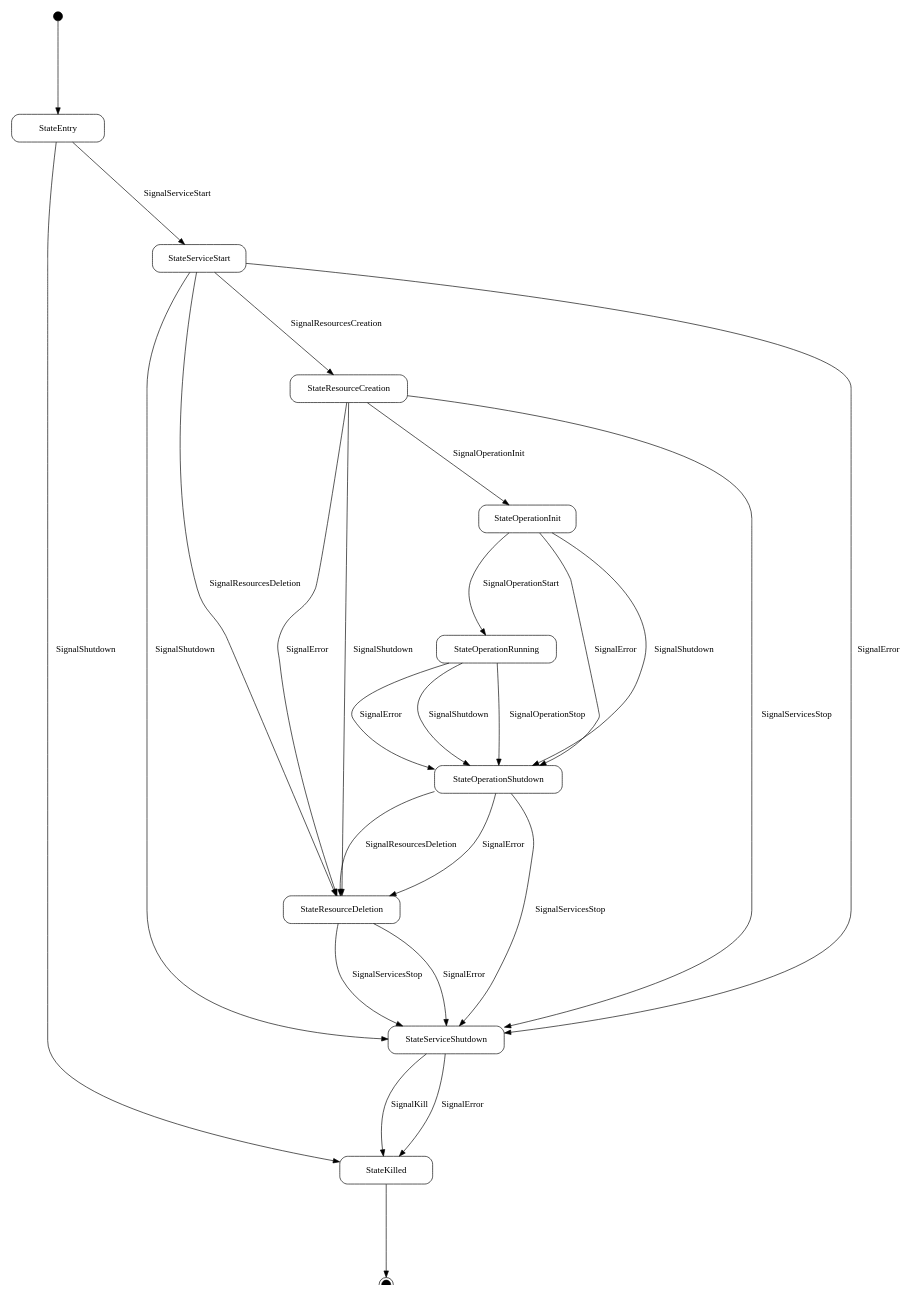
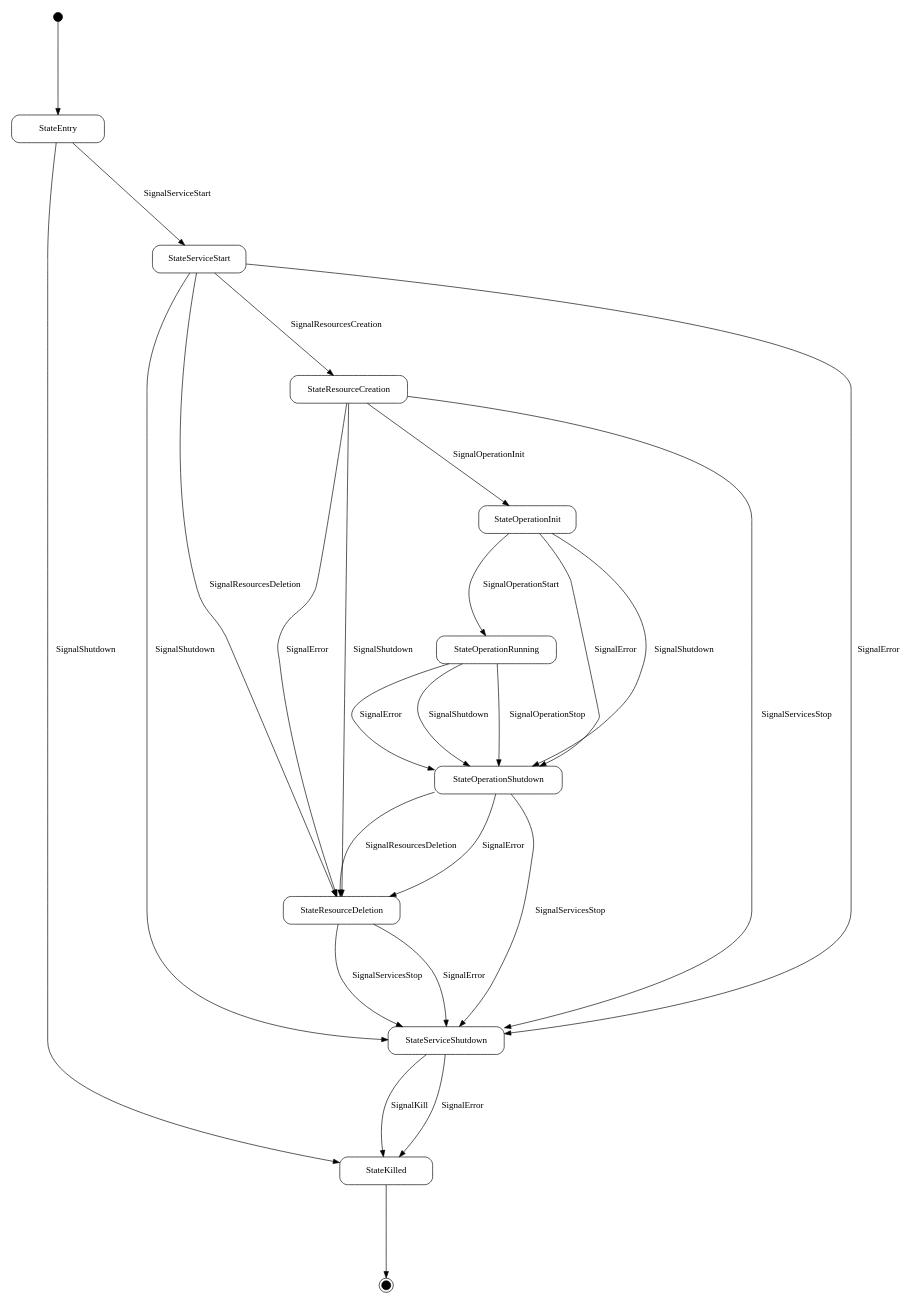
Before and after one commit to lazlowa/pypz-python: the diagram in docs/core/executor.rst, drawn with Graphviz. The commit also changed other lines of this file and 1 other file, not shown here.

```diff
--- a/docs/core/executor.rst
+++ b/docs/core/executor.rst
@@ -29,58 +32,59 @@
 .. graphviz::
    :name: Operator State Machine
    :align: center
 
    digraph state_machine {
        size="10,20";
        ratio="auto";
        ranksep="2";
        rankdir="TB";
+       margin="0.0,0.5";
        graph [fontname="Verdana", fontsize="28"];
 
        start [shape=circle, label="", style=filled, color=black, width=0.2, height=0.2];
        end [shape=circle, label="", width=0.2, height=0.2, style=filled, color=black, fillcolor=black, peripheries=2];
        entry [shape=rect, label="StateEntry", style=rounded, width=2, height=0.6];
        killed [shape=rect, label="StateKilled", style=rounded, width=2, height=0.6];
        service_start [shape=rect, label="StateServiceStart", style=rounded, width=2, height=0.6];
        service_shutdown [shape=rect, label="StateServiceShutdown", style=rounded, width=2, height=0.6];
        resource_creation [shape=rect, label="StateResourceCreation", style=rounded, width=2, height=0.6];
        resource_deletion [shape=rect, label="StateResourceDeletion", style=rounded, width=2, height=0.6];
        operation_init [shape=rect, label="StateOperationInit", style=rounded, width=2, height=0.6];
        operation_running [shape=rect, label="StateOperationRunning", style=rounded, width=2, height=0.6];
        operation_shutdown [shape=rect, label="StateOperationShutdown", style=rounded, width=2, height=0.6];
 
        start -> entry;
 
        entry -> service_start [label="SignalServiceStart"];
        entry -> killed [label="SignalShutdown"];
 
        service_start -> resource_creation [label="SignalResourcesCreation"];
        service_start -> resource_deletion [label="SignalResourcesDeletion"];
        service_start -> service_shutdown [label="SignalError"];
        service_start -> service_shutdown [label="SignalShutdown"];
 
        resource_creation -> operation_init [label="SignalOperationInit"];
        resource_creation -> resource_deletion [label="SignalError"];
        resource_creation -> service_shutdown [label="SignalServicesStop"];
        resource_creation -> resource_deletion [label="SignalShutdown"];
 
        operation_init -> operation_running [label="SignalOperationStart"];
        operation_init -> operation_shutdown [label="SignalError"];
        operation_init -> operation_shutdown [label="SignalShutdown"];
 
        operation_running -> operation_shutdown [label="SignalOperationStop"];
        operation_running -> operation_shutdown [label="SignalError"];
        operation_running -> operation_shutdown [label="SignalShutdown"];
 
        operation_shutdown -> resource_deletion [label="SignalResourcesDeletion"];
        operation_shutdown -> service_shutdown [label="SignalServicesStop"];
        operation_shutdown -> resource_deletion [label="SignalError"];
 
        resource_deletion -> service_shutdown [label="SignalServicesStop"];
        resource_deletion -> service_shutdown [label="SignalError"];
 
        service_shutdown -> killed [label="SignalKill"];
        service_shutdown -> killed [label="SignalError"];
 
        killed -> end;
    }
```
